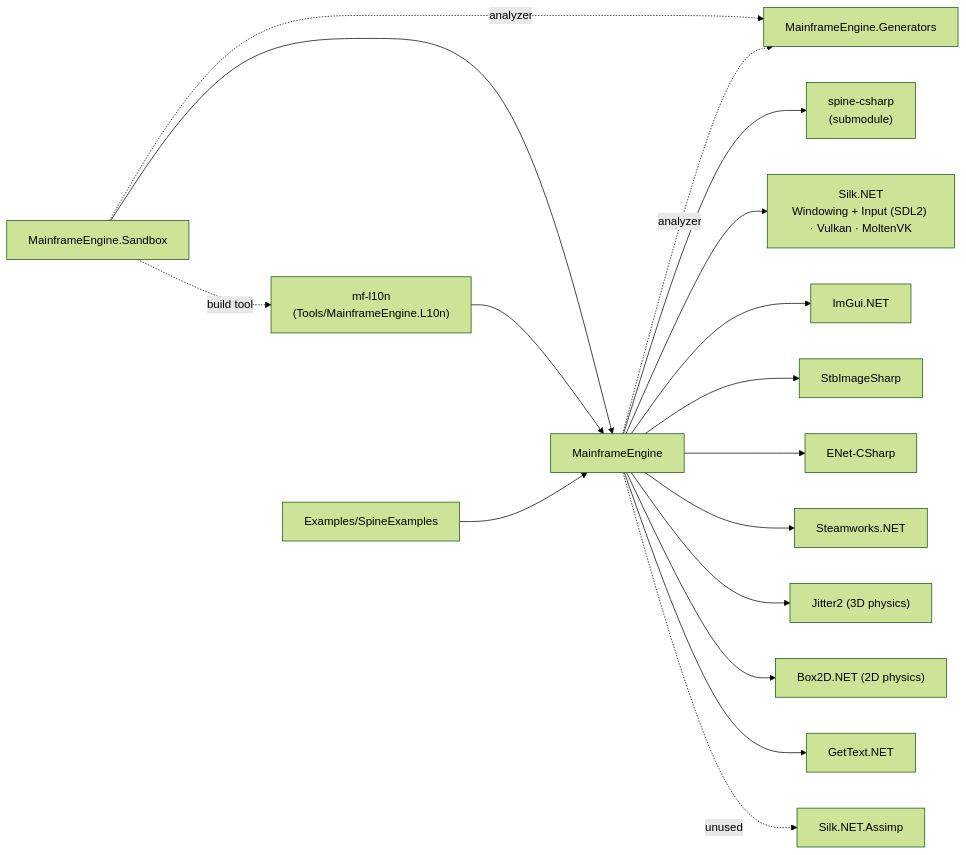
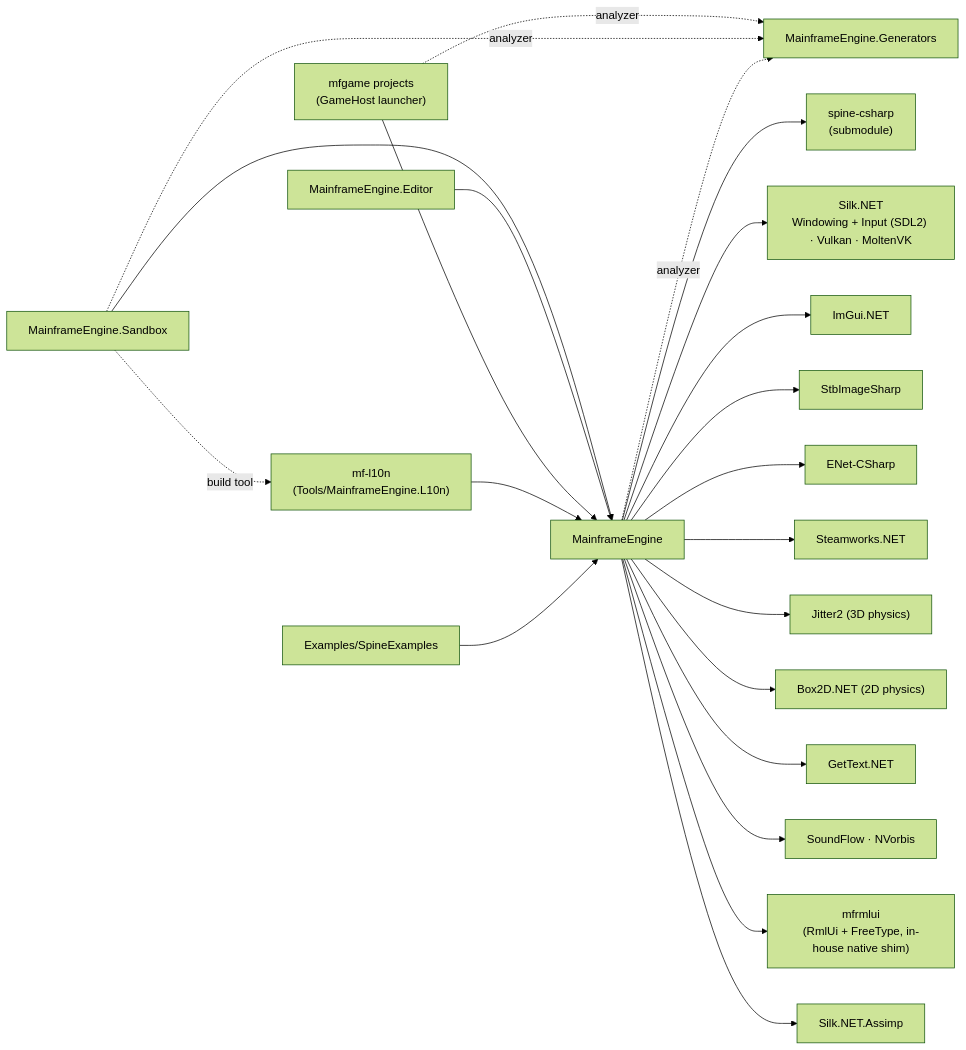
One commit to Mainframe-Games/mainframe-engine changed the diagram in docs/design/architecture-overview.md. Above: the diagram before and after it, drawn with Mermaid (forest theme). The commit also changed other lines of this file and 8 other files, not shown here.

````diff
--- a/docs/design/architecture-overview.md
+++ b/docs/design/architecture-overview.md
@@ -53,19 +63,24 @@
 ```mermaid
 flowchart LR
     Sandbox["MainframeEngine.Sandbox"] --> Engine["MainframeEngine"]
+    Editor["MainframeEngine.Editor"] --> Engine
+    Game["mfgame projects<br/>(GameHost launcher)"] --> Engine
+    Game -. analyzer .-> Gen
     Sandbox -. analyzer .-> Gen["MainframeEngine.Generators"]
     Sandbox -. build tool .-> L10n["mf-l10n<br/>(Tools/MainframeEngine.L10n)"]
     L10n --> Engine
     Engine -. analyzer .-> Gen
     SpineEx["Examples/SpineExamples"] --> Engine
     Engine --> SpineRT["spine-csharp<br/>(submodule)"]
     Engine --> Silk["Silk.NET<br/>Windowing + Input (SDL2) · Vulkan · MoltenVK"]
     Engine --> ImGui["ImGui.NET"]
     Engine --> Stb["StbImageSharp"]
     Engine --> ENet["ENet-CSharp"]
     Engine --> Steam["Steamworks.NET"]
     Engine --> Jitter["Jitter2 (3D physics)"]
     Engine --> Box2D["Box2D.NET (2D physics)"]
     Engine --> GetText["GetText.NET"]
-    Engine -. unused .-> Assimp["Silk.NET.Assimp"]
+    Engine --> Audio["SoundFlow · NVorbis"]
+    Engine --> Rml["mfrmlui<br/>(RmlUi + FreeType, in-house native shim)"]
+    Engine --> Assimp["Silk.NET.Assimp"]
 ```
````
